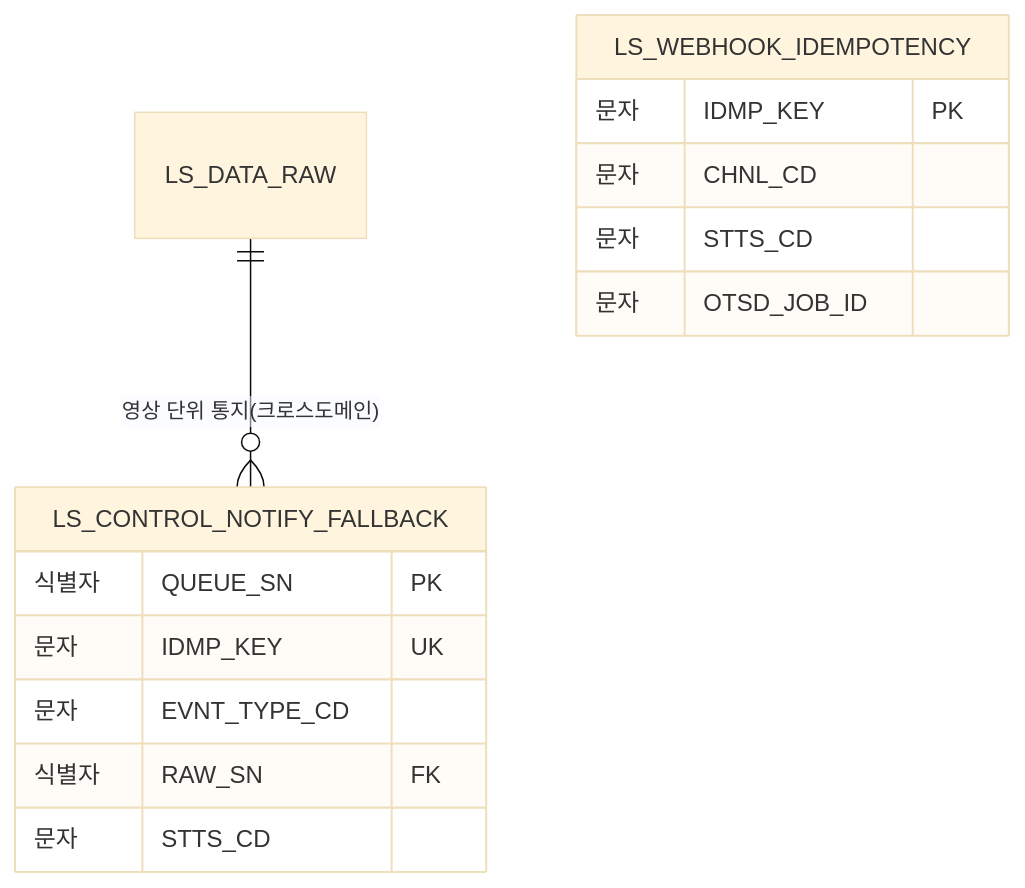
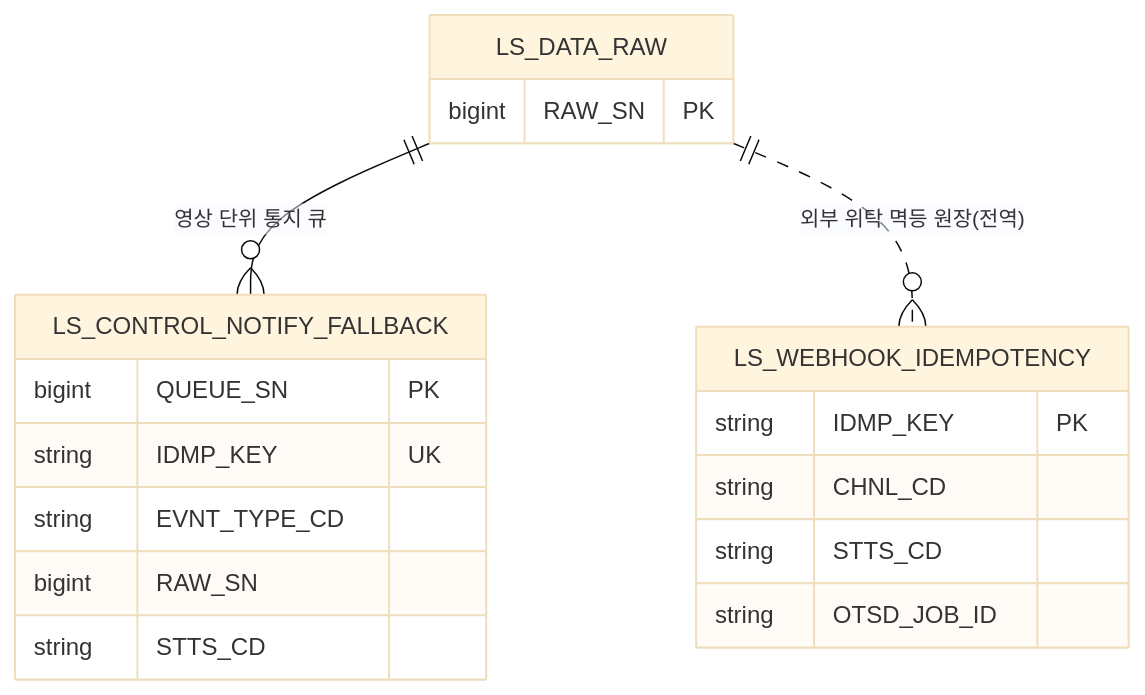
Before and after one commit to New-stella/klid-label: diagram 11 of 14 in docs/design/D8-엔티티관계모형설계서.md, drawn with Mermaid (base theme). The commit also changed other lines of this file and 7 other files, not shown here.

````diff
--- a/docs/design/D8-엔티티관계모형설계서.md
+++ b/docs/design/D8-엔티티관계모형설계서.md
@@ -398,17 +371,21 @@
 ```mermaid
 erDiagram
-    LS_DATA_RAW ||--o{ LS_CONTROL_NOTIFY_FALLBACK : "영상 단위 통지(크로스도메인)"
+    LS_DATA_RAW ||--o{ LS_CONTROL_NOTIFY_FALLBACK : "영상 단위 통지 큐"
+    LS_DATA_RAW ||..o{ LS_WEBHOOK_IDEMPOTENCY : "외부 위탁 멱등 원장(전역)"
+    LS_DATA_RAW {
+        bigint RAW_SN PK
+    }
     LS_CONTROL_NOTIFY_FALLBACK {
-        식별자 QUEUE_SN PK
-        문자 IDMP_KEY UK
-        문자 EVNT_TYPE_CD
-        식별자 RAW_SN FK
-        문자 STTS_CD
+        bigint QUEUE_SN PK
+        string IDMP_KEY UK
+        string EVNT_TYPE_CD
+        bigint RAW_SN
+        string STTS_CD
     }
     LS_WEBHOOK_IDEMPOTENCY {
-        문자 IDMP_KEY PK
-        문자 CHNL_CD
-        문자 STTS_CD
-        문자 OTSD_JOB_ID
+        string IDMP_KEY PK
+        string CHNL_CD
+        string STTS_CD
+        string OTSD_JOB_ID
     }
 ```
````
